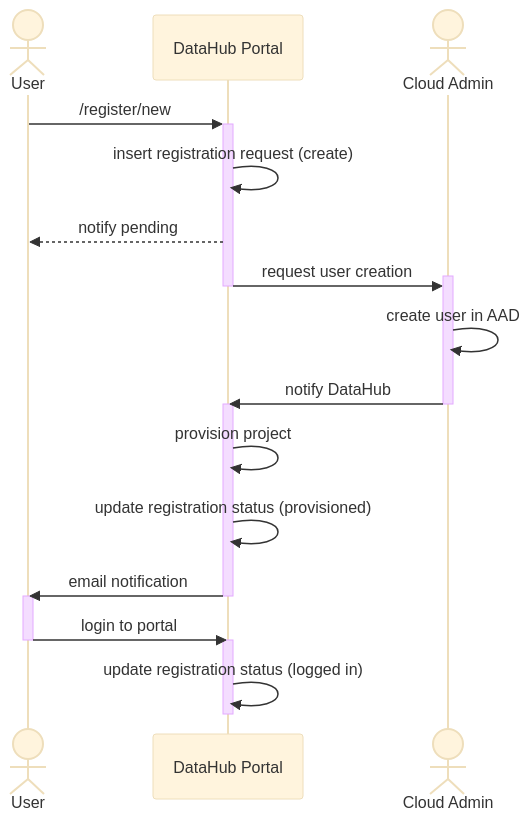
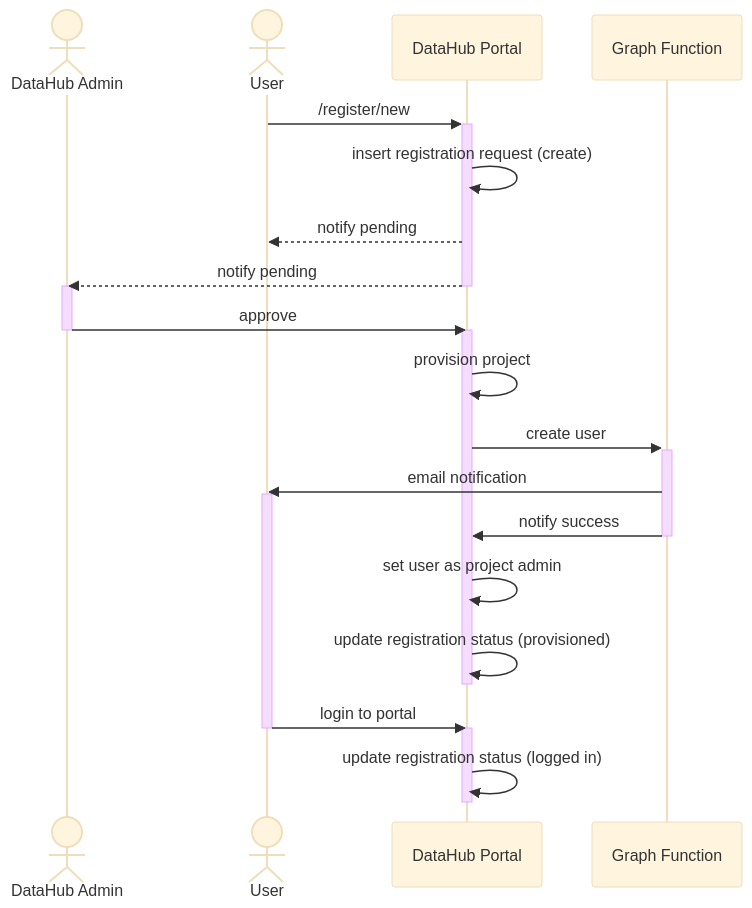
The first of 4 diagrams in docs/use-cases.md (ssc-sp/datahub-portal-2205), drawn with Mermaid (base theme) before and after one commit. The commit also changed 2 other files, not shown here.

Commit message:
updated use cases for registration

````diff
--- a/docs/use-cases.md
+++ b/docs/use-cases.md
@@ -4,26 +4,31 @@
 ```mermaid
 sequenceDiagram
+    actor A as DataHub Admin
     actor U as User
     participant P as DataHub Portal
-    actor C as Cloud Admin
+    participant F as Graph Function
 
     U->>+P: /register/new
     P->>P: insert registration request (create)
     P-->>U: notify pending
+    P-->>A: notify pending
+    deactivate P
+    activate A
 
-    P->>+C: request user creation
-    deactivate P
-    C->>C: create user in AAD
-    C->>-P: notify DataHub
+    
+    A->>-P: approve
+    activate P
+    P->>P: provision project
+    P->>+F: create user
+    F->>U: email notification
+    activate U
+    F->>-P: notify success
 
-    activate P
-    P->>P: provision project 
+    P->>P: set user as project admin
     P->>P: update registration status (provisioned) 
-    P->>U: email notification
     deactivate P
 
-    activate U
     U->>-P: login to portal
     activate P
     P->>-P: update registration status (logged in)
 ```
````
